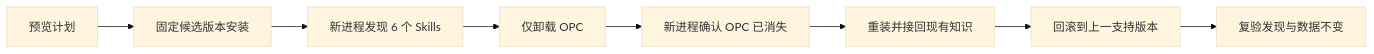
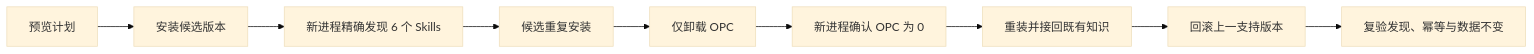
The diagram in docs/installed-lifecycle-acceptance.md (coconilu/codex-opc-team), drawn with Mermaid (base theme) before and after one commit. The commit also changed other lines of this file and 5 other files, not shown here.

````diff
--- a/docs/installed-lifecycle-acceptance.md
+++ b/docs/installed-lifecycle-acceptance.md
@@ -7,10 +7,11 @@
 ```mermaid
 flowchart LR
-    P["预览计划"] --> I["固定候选版本安装"]
-    I --> D["新进程发现 6 个 Skills"]
-    D --> U["仅卸载 OPC"]
-    U --> N["新进程确认 OPC 已消失"]
-    N --> R["重装并接回现有知识"]
-    R --> B["回滚到上一支持版本"]
-    B --> V["复验发现与数据不变"]
+    P["预览计划"] --> I["安装候选版本"]
+    I --> D["新进程精确发现 6 个 Skills"]
+    D --> A["候选重复安装"]
+    A --> U["仅卸载 OPC"]
+    U --> N["新进程确认 OPC 为 0"]
+    N --> R["重装并接回既有知识"]
+    R --> B["回滚上一支持版本"]
+    B --> V["复验发现、幂等与数据不变"]
 ```
````
